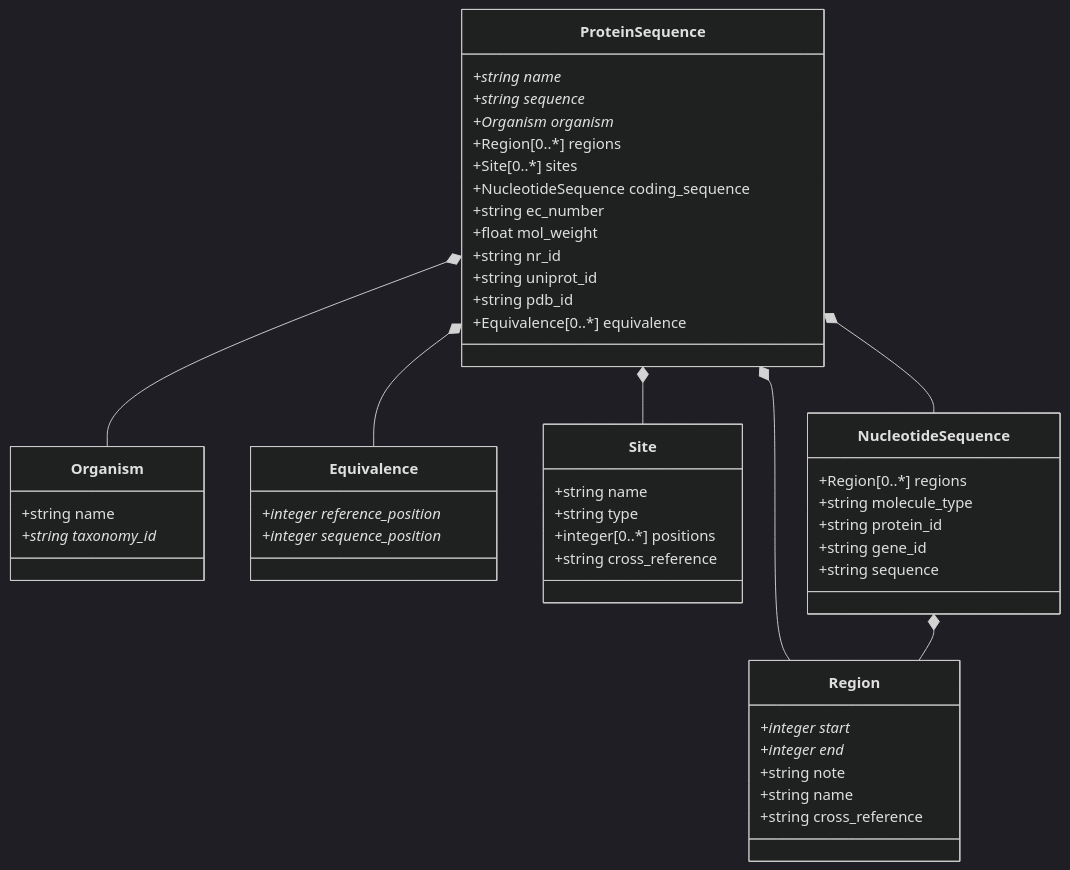
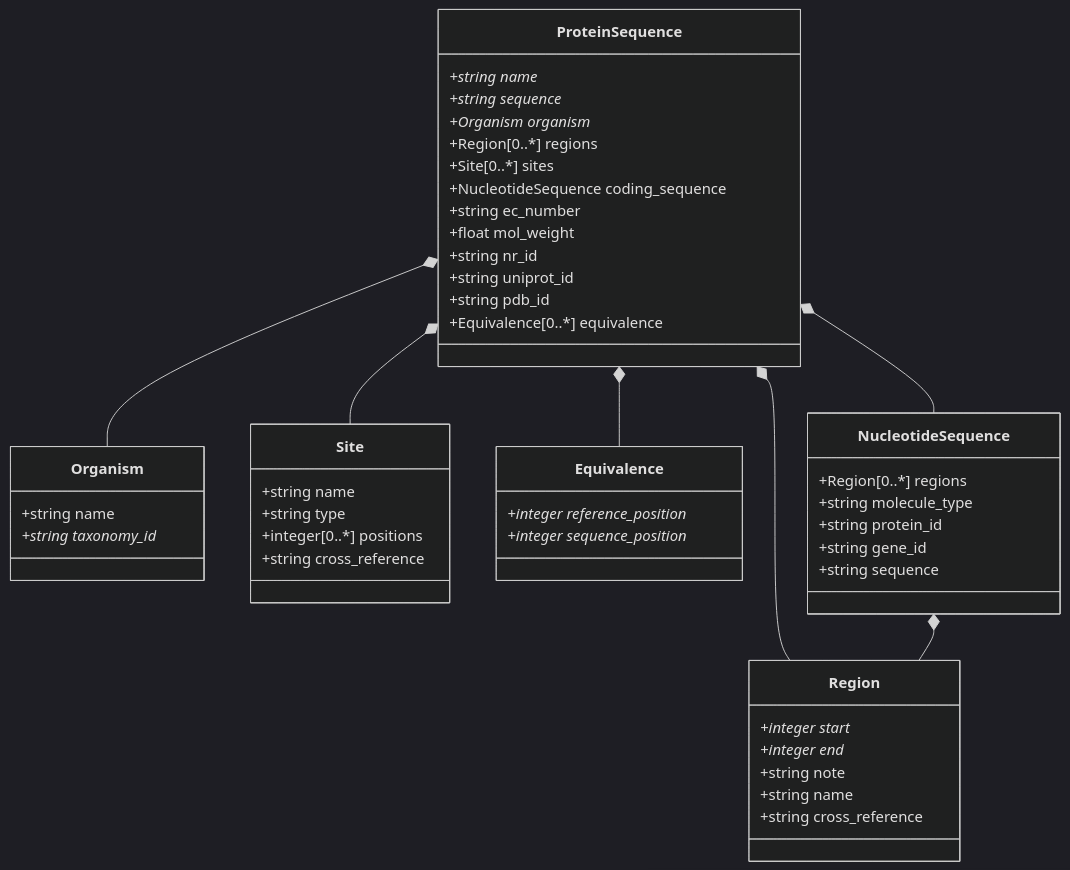
One commit to PyEED/pyeed changed the diagram in pyEED/schemes/pyeed_schema.md. Above: the diagram before and after it, drawn with Mermaid (dark theme). The commit also changed other lines of this file and 10 other files, not shown here.

````diff
--- a/pyEED/schemes/pyeed_schema.md
+++ b/pyEED/schemes/pyeed_schema.md
@@ -1,58 +1,58 @@
 ```mermaid
 classDiagram
     ProteinSequence *-- Organism
-    ProteinSequence *-- Equivalence
     ProteinSequence *-- Region
     ProteinSequence *-- Site
+    ProteinSequence *-- Equivalence
     ProteinSequence *-- NucleotideSequence
     NucleotideSequence *-- Region
     
     class ProteinSequence {
         +string name*
         +string sequence*
         +Organism organism*
         +Region[0..*] regions
         +Site[0..*] sites
         +NucleotideSequence coding_sequence
         +string ec_number
         +float mol_weight
         +string nr_id
         +string uniprot_id
         +string pdb_id
         +Equivalence[0..*] equivalence
     }
     
     class Organism {
         +string name
         +string taxonomy_id*
     }
     
-    class Equivalence {
-        +integer reference_position*
-        +integer sequence_position*
-    }
-    
     class Region {
         +integer start*
         +integer end*
         +string note
         +string name
         +string cross_reference
     }
     
     class Site {
         +string name
         +string type
         +integer[0..*] positions
         +string cross_reference
     }
     
+    class Equivalence {
+        +integer reference_position*
+        +integer sequence_position*
+    }
+    
     class NucleotideSequence {
         +Region[0..*] regions
         +string molecule_type
         +string protein_id
         +string gene_id
         +string sequence
     }
     
 ```
````
